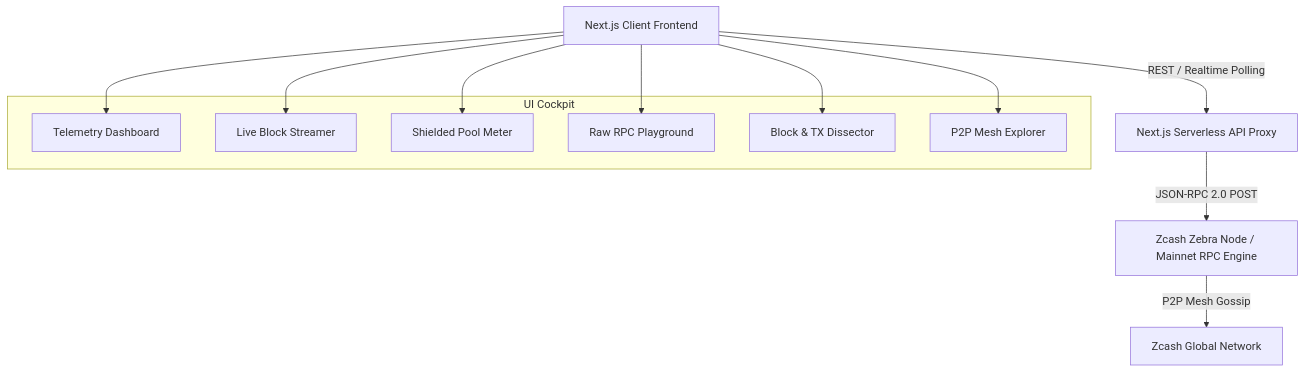
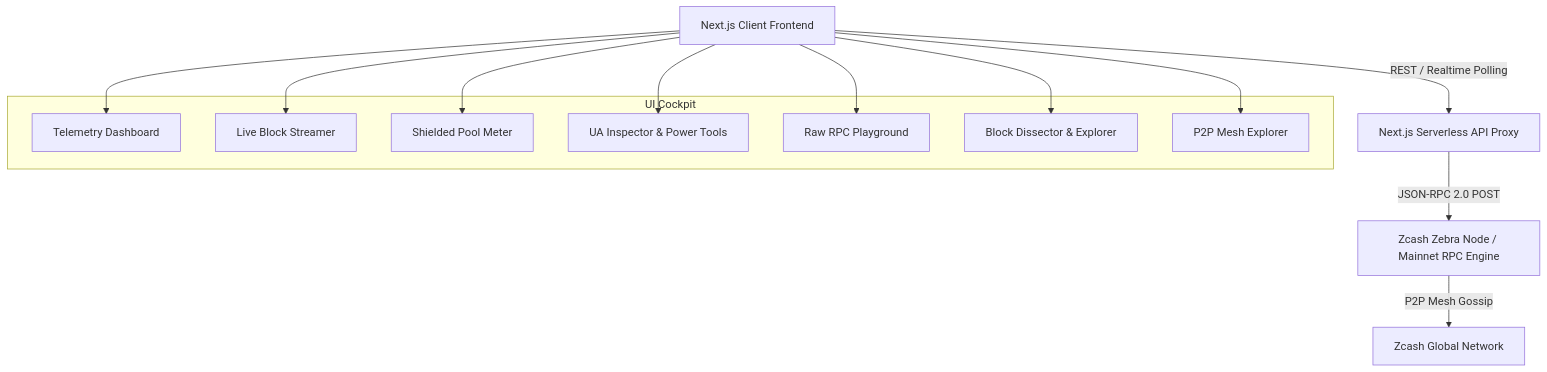
The diagram in README.md (Webghost01-NG/zecspectra), drawn with Mermaid before and after one commit. The commit also changed other lines of this file and 3 other files, not shown here.

Commit message:
feat: integrate Zcash Power Tools (ZIP-316 UA Decoder, Privacy Grader, ZIP-317 Fee Engine, Halving Tracker)

````diff
--- a/README.md
+++ b/README.md
@@ -53,22 +57,24 @@
 ```mermaid
 graph TD
     A[Next.js Client Frontend] -->|REST / Realtime Polling| B[Next.js Serverless API Proxy]
     B -->|JSON-RPC 2.0 POST| C[Zcash Zebra Node / Mainnet RPC Engine]
     C -->|P2P Mesh Gossip| D[Zcash Global Network]
     
     subgraph UI Cockpit
         E[Telemetry Dashboard]
         F[Live Block Streamer]
         G[Shielded Pool Meter]
-        H[Raw RPC Playground]
-        I[Block & TX Dissector]
-        J[P2P Mesh Explorer]
+        H[UA Inspector & Power Tools]
+        I[Raw RPC Playground]
+        J[Block Dissector & Explorer]
+        K[P2P Mesh Explorer]
     end
     
     A --> E
     A --> F
     A --> G
     A --> H
     A --> I
     A --> J
+    A --> K
 ```
````
